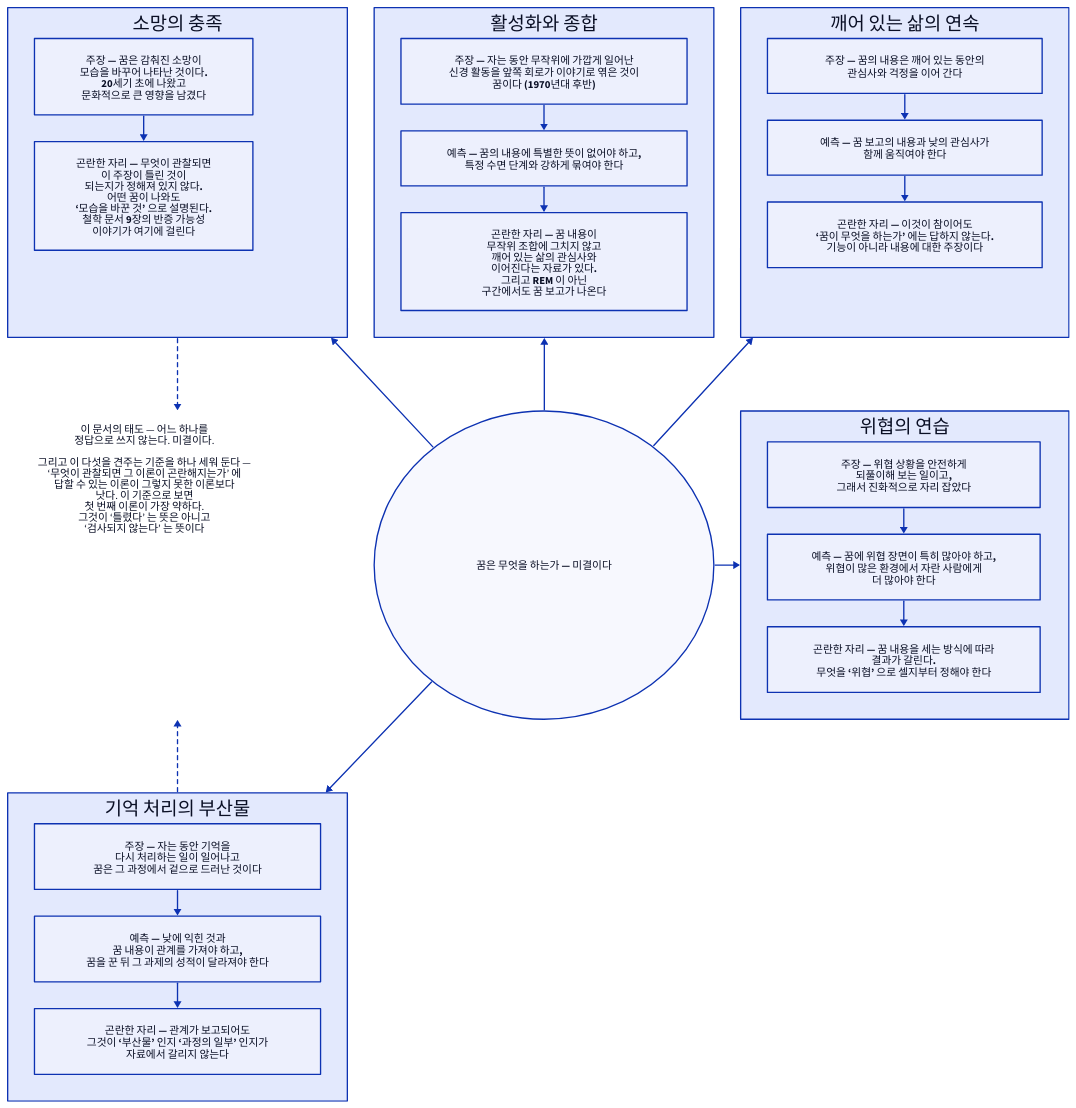
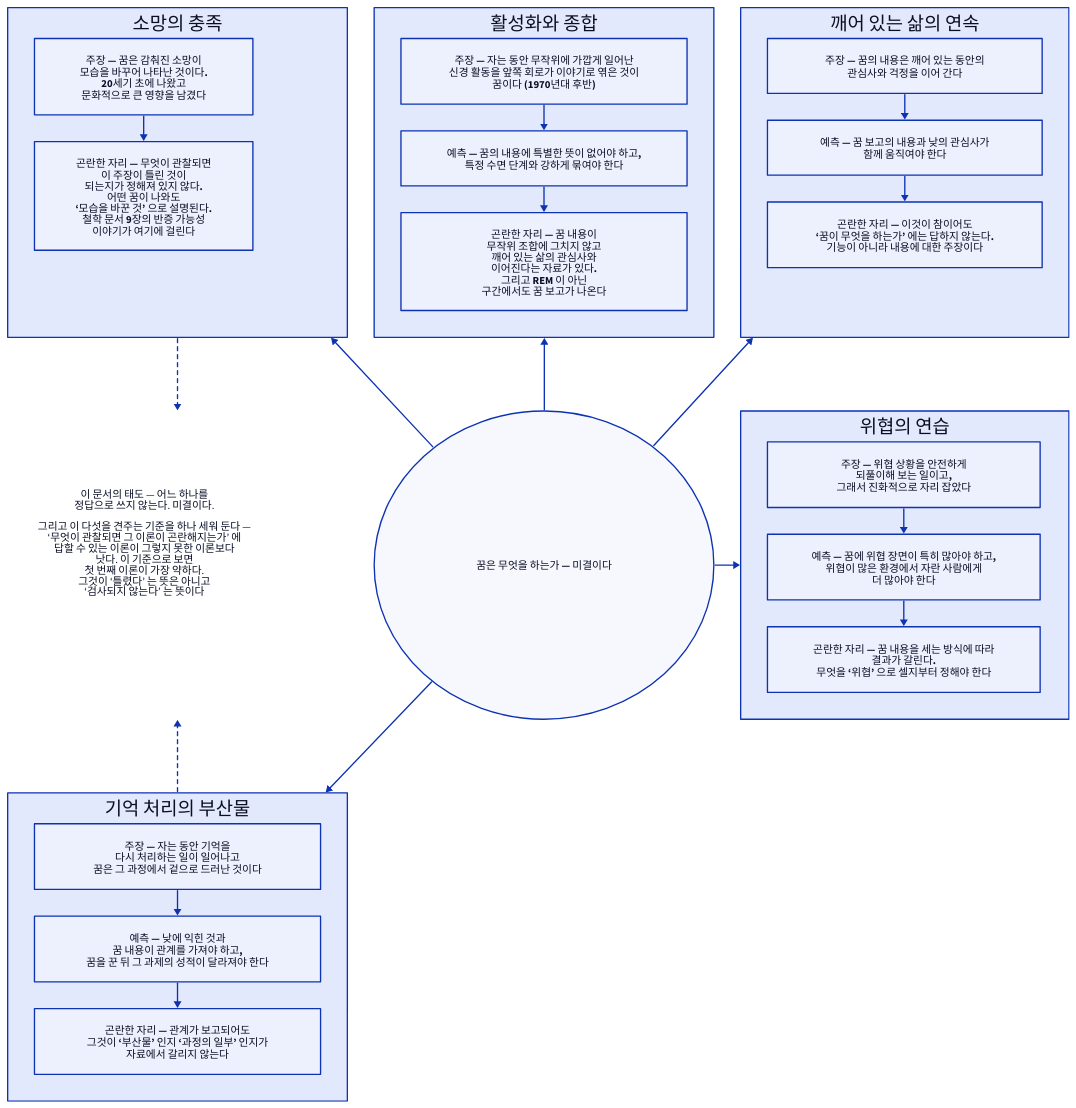
One commit to Dong-gi/Dong-gi.github.io changed the diagram in d2/psychology/psy-b-dream-theories.d2. Above: the diagram before and after it, drawn with D2. The commit also changed 369 other files, not shown here.

```diff
--- a/d2/psychology/psy-b-dream-theories.d2
+++ b/d2/psychology/psy-b-dream-theories.d2
@@ -1,81 +1,83 @@
 # 꿈에 대한 이론들 — 무엇을 예측하는가. 심리학 14장.
 #
 # 무엇을 읽어야 하나: 이론마다 ‘무엇이 관찰되면 그 이론이 곤란해지는가’ 가
 # 다르고, 어떤 이론은 그 물음에 답하지 못한다는 것. 이 절은 미결이다.
 #
 # 배치: 3칸 × 3줄. 물음을 가운데 두고 다섯 이론을 그 둘레에 놓았다. 첫 줄 왼쪽이 첫 번째 이론(소망의 충족)이고,
 # 정리는 그 아래 칸에 두어 첫 번째와 다섯 번째 이론에서 오는 점선이 다른 칸을 가로지르지 않게 했다.
 direction: down
 grid-rows: 3
 grid-columns: 3
 horizontal-gap: 40
 vertical-gap: 110
 
 소망: {
   label: "소망의 충족"
   grid-columns: 1
   grid-gap: 40
   a1: { label: "주장 — 꿈은 감춰진 소망이\n모습을 바꾸어 나타난 것이다.\n20세기 초에 나왔고\n문화적으로 큰 영향을 남겼다" }
   a2: { label: "곤란한 자리 — 무엇이 관찰되면\n이 주장이 틀린 것이\n되는지가 정해져 있지 않다.\n어떤 꿈이 나와도\n‘모습을 바꾼 것’ 으로 설명된다.\n철학 문서 9장의 반증 가능성\n이야기가 여기에 걸린다"; style.bold: true }
   a1 -> a2
 }
 
 활성화: {
   label: "활성화와 종합"
   grid-columns: 1
   grid-gap: 40
   b1: { label: "주장 — 자는 동안 무작위에 가깝게 일어난\n신경 활동을 앞쪽 회로가 이야기로 엮은 것이\n꿈이다 (1970년대 후반)" }
   b2: { label: "예측 — 꿈의 내용에 특별한 뜻이 없어야 하고,\n특정 수면 단계와 강하게 묶여야 한다" }
   b3: { label: "곤란한 자리 — 꿈 내용이\n무작위 조합에 그치지 않고\n깨어 있는 삶의 관심사와\n이어진다는 자료가 있다.\n그리고 REM 이 아닌\n구간에서도 꿈 보고가 나온다" }
   b1 -> b2 -> b3
 }
 
 연속: {
   label: "깨어 있는 삶의 연속"
   grid-columns: 1
   grid-gap: 40
   c1: { label: "주장 — 꿈의 내용은 깨어 있는 동안의\n관심사와 걱정을 이어 간다" }
   c2: { label: "예측 — 꿈 보고의 내용과 낮의 관심사가\n함께 움직여야 한다" }
   c3: { label: "곤란한 자리 — 이것이 참이어도\n‘꿈이 무엇을 하는가’ 에는 답하지 않는다.\n기능이 아니라 내용에 대한 주장이다" }
   c1 -> c2 -> c3
 }
 
+# 격자 칸은 옆 묶음만큼 높은데 글 상자는 칸 위쪽에 붙는다. 위아래 빈 줄로 글을 칸 가운데에 둔다
+# (그러지 않으면 아래 ‘기억 처리’ 에서 오는 점선이 빈 곳을 가리킨다)
 정리: {
-  label: "　\n이 문서의 태도 — 어느 하나를\n정답으로 쓰지 않는다. 미결이다.\n\n그리고 이 다섯을 견주는 기준을 하나 세워 둔다 —\n‘무엇이 관찰되면 그 이론이 곤란해지는가’ 에\n답할 수 있는 이론이 그렇지 못한 이론보다\n낫다. 이 기준으로 보면\n첫 번째 이론이 가장 약하다.\n그것이 ‘틀렸다’ 는 뜻은 아니고\n‘검사되지 않는다’ 는 뜻이다"
+  label: "　\n　\n　\n　\n　\n　\n　\n이 문서의 태도 — 어느 하나를\n정답으로 쓰지 않는다. 미결이다.\n\n그리고 이 다섯을 견주는 기준을 하나 세워 둔다 —\n‘무엇이 관찰되면 그 이론이 곤란해지는가’ 에\n답할 수 있는 이론이 그렇지 못한 이론보다\n낫다. 이 기준으로 보면\n첫 번째 이론이 가장 약하다.\n그것이 ‘틀렸다’ 는 뜻은 아니고\n‘검사되지 않는다’ 는 뜻이다\n　\n　\n　\n　\n　\n　\n　"
   shape: text
 }
 
 물음: {
   label: "꿈은 무엇을 하는가 — 미결이다"
   shape: oval
   style.bold: true
 }
 
 위협: {
   label: "위협의 연습"
   grid-columns: 1
   grid-gap: 40
   d1: { label: "주장 — 위협 상황을 안전하게\n되풀이해 보는 일이고,\n그래서 진화적으로 자리 잡았다" }
   d2: { label: "예측 — 꿈에 위협 장면이 특히 많아야 하고,\n위협이 많은 환경에서 자란 사람에게\n더 많아야 한다" }
   d3: { label: "곤란한 자리 — 꿈 내용을 세는 방식에 따라\n결과가 갈린다.\n무엇을 ‘위협’ 으로 셀지부터 정해야 한다"; style.bold: true }
   d1 -> d2 -> d3
 }
 
 기억처리: {
   label: "기억 처리의 부산물"
   grid-columns: 1
   grid-gap: 40
   e1: { label: "주장 — 자는 동안 기억을\n다시 처리하는 일이 일어나고\n꿈은 그 과정에서 겉으로 드러난 것이다" }
   e2: { label: "예측 — 낮에 익힌 것과\n꿈 내용이 관계를 가져야 하고,\n꿈을 꾼 뒤 그 과제의 성적이 달라져야 한다" }
   e3: { label: "곤란한 자리 — 관계가 보고되어도\n그것이 ‘부산물’ 인지 ‘과정의 일부’ 인지가\n자료에서 갈리지 않는다" }
   e1 -> e2 -> e3
 }
 
 물음 -> 소망
 물음 -> 활성화
 물음 -> 연속
 물음 -> 위협
 물음 -> 기억처리
 
 소망 -> 정리: { style.stroke-dash: 3 }
 기억처리 -> 정리: { style.stroke-dash: 3 }
```
